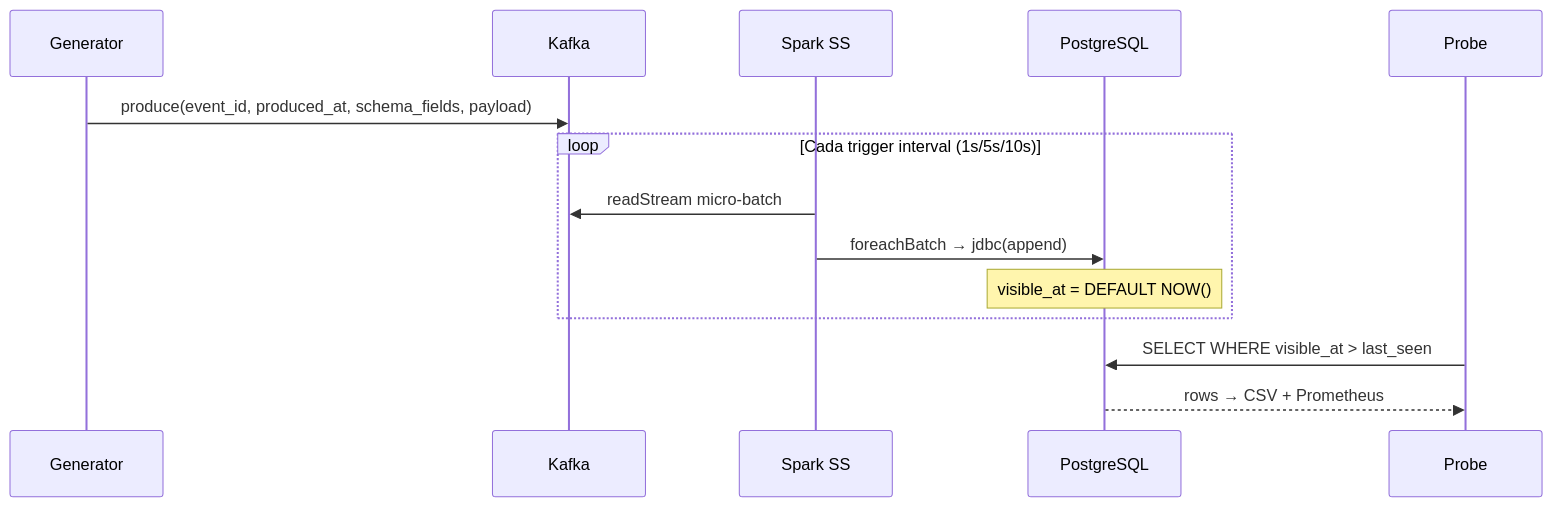
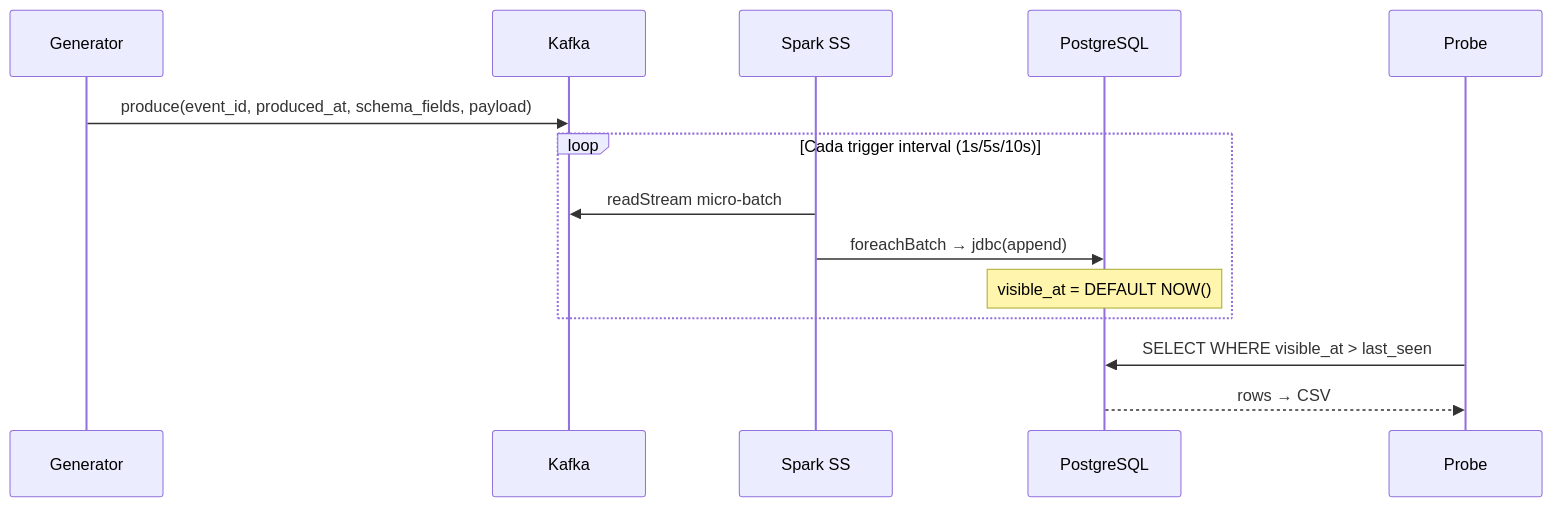
One commit to JohanCifuentes03/data-ingestion-strategies changed the third of 5 diagrams in docs/architecture.md. Above: the diagram before and after it, drawn with Mermaid. The commit also changed other lines of this file and 21 other files, not shown here.

````diff
--- a/docs/architecture.md
+++ b/docs/architecture.md
@@ -96,17 +88,17 @@
 ```mermaid
 sequenceDiagram
     participant G as Generator
     participant K as Kafka
     participant SM as Spark SS
     participant PG as PostgreSQL
     participant P as Probe
 
     G->>K: produce(event_id, produced_at, schema_fields, payload)
     loop Cada trigger interval (1s/5s/10s)
         SM->>K: readStream micro-batch
         SM->>PG: foreachBatch → jdbc(append)
         Note over PG: visible_at = DEFAULT NOW()
     end
     P->>PG: SELECT WHERE visible_at > last_seen
-    PG-->>P: rows → CSV + Prometheus
+    PG-->>P: rows → CSV
 ```
````
